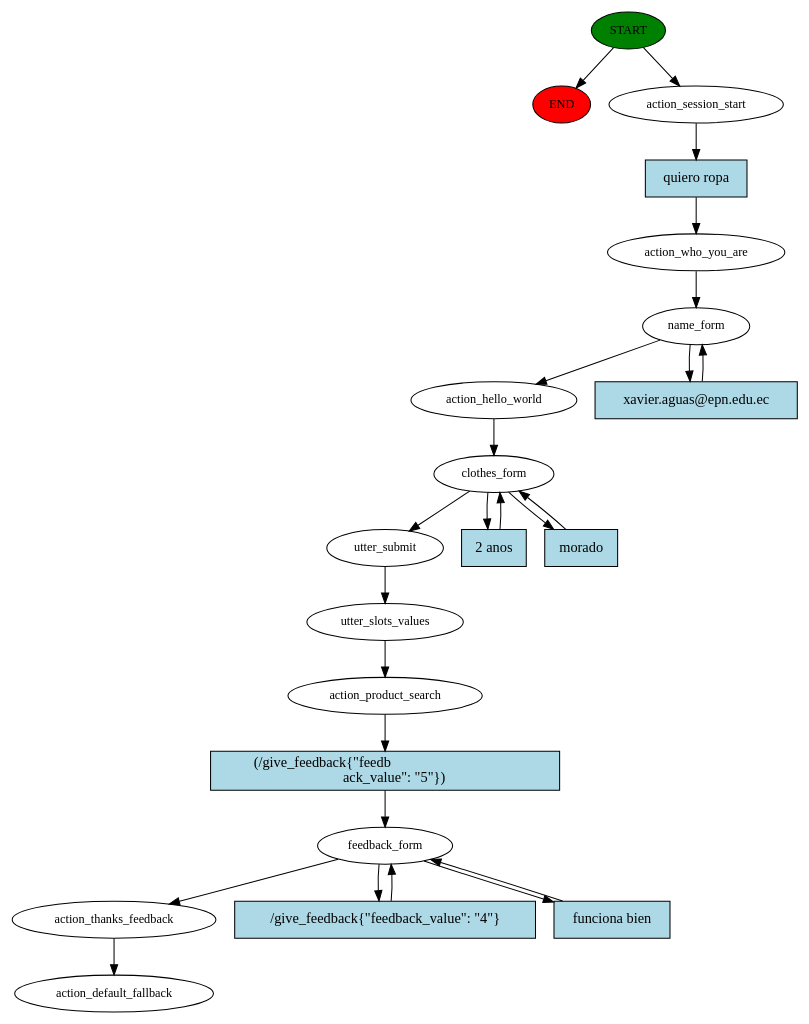
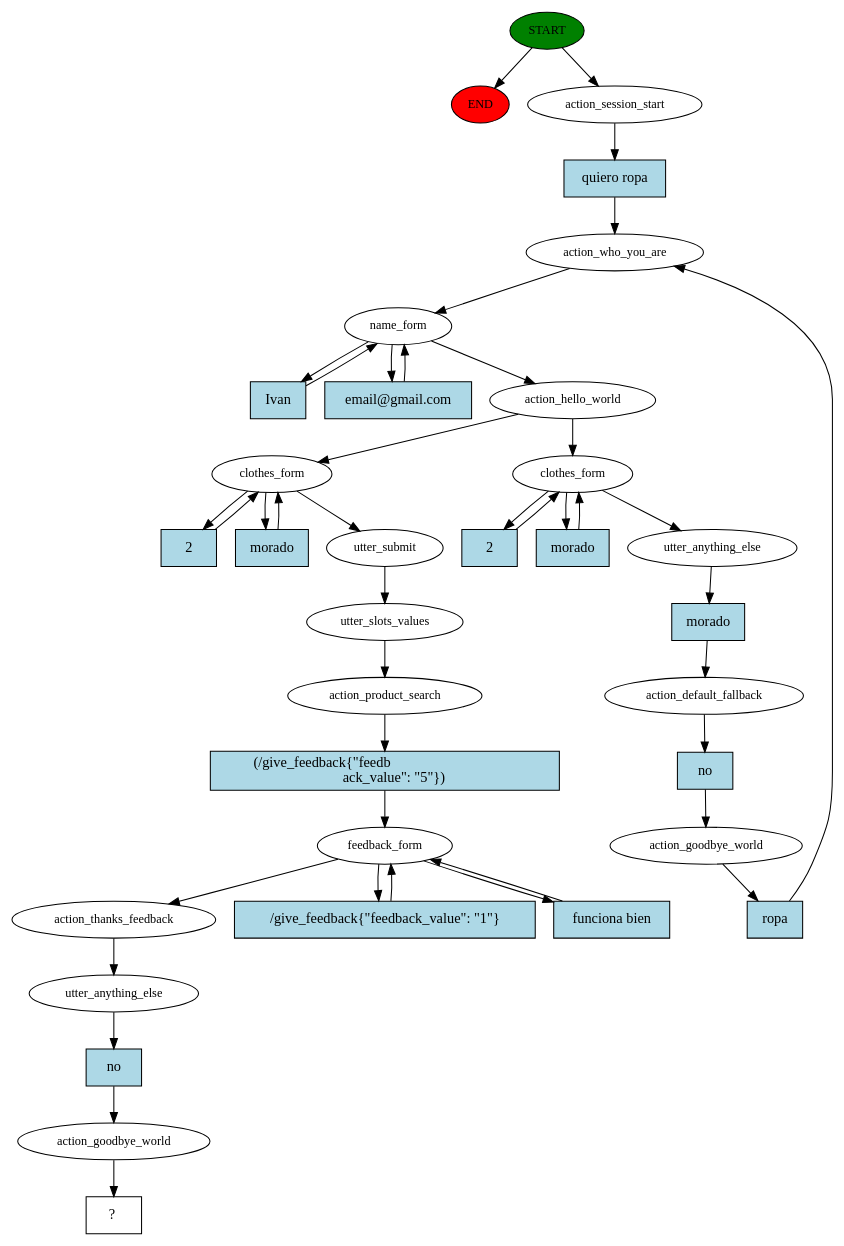
Before and after one commit to kabirivan/Ecommerce-Assistant-Jasmine: the diagram in story_graph.dot, drawn with Graphviz. The commit also changed 4 other files, not shown here.

```diff
--- a/story_graph.dot
+++ b/story_graph.dot
@@ -1,46 +1,76 @@
 digraph  {
 0 [class="start active", fillcolor=green, fontsize=12, label=START, style=filled];
 "-1" [class=end, fillcolor=red, fontsize=12, label=END, style=filled];
 1 [class=active, fontsize=12, label=action_session_start];
 2 [class=active, fontsize=12, label=action_who_you_are];
 3 [class=active, fontsize=12, label=name_form];
 6 [class=active, fontsize=12, label=action_hello_world];
 7 [class=active, fontsize=12, label=clothes_form];
-12 [class=active, fontsize=12, label=utter_submit];
-13 [class=active, fontsize=12, label=utter_slots_values];
-14 [class=active, fontsize=12, label=action_product_search];
-15 [class=active, fontsize=12, label=feedback_form];
-18 [class=active, fontsize=12, label=action_thanks_feedback];
-19 [class="dashed active", fontsize=12, label=action_default_fallback];
-20 [class="intent active", fillcolor=lightblue, label="quiero ropa", shape=rect, style=filled];
-21 [class="intent active", fillcolor=lightblue, label="xavier.aguas@epn.edu.ec", shape=rect, style=filled];
-22 [class="intent active", fillcolor=lightblue, label="2 anos", shape=rect, style=filled];
-23 [class="intent active", fillcolor=lightblue, label=morado, shape=rect, style=filled];
-24 [class="intent active", fillcolor=lightblue, label="(/give_feedback{\"feedb                                   \n      ack_value\": \"5\"})", shape=rect, style=filled];
-25 [class="intent active", fillcolor=lightblue, label="/give_feedback{\"feedback_value\": \"4\"}", shape=rect, style=filled];
-26 [class="intent active", fillcolor=lightblue, label="funciona bien", shape=rect, style=filled];
+12 [class=active, fontsize=12, label=utter_anything_else];
+13 [class=active, fontsize=12, label=action_default_fallback];
+14 [class=active, fontsize=12, label=action_goodbye_world];
+18 [class=active, fontsize=12, label=clothes_form];
+23 [class=active, fontsize=12, label=utter_submit];
+24 [class=active, fontsize=12, label=utter_slots_values];
+25 [class=active, fontsize=12, label=action_product_search];
+26 [class=active, fontsize=12, label=feedback_form];
+29 [class=active, fontsize=12, label=action_thanks_feedback];
+30 [class=active, fontsize=12, label=utter_anything_else];
+31 [class=active, fontsize=12, label=action_goodbye_world];
+32 [class="intent dashed active", label="  ?  ", shape=rect];
+33 [class="intent active", fillcolor=lightblue, label="quiero ropa", shape=rect, style=filled];
+34 [class="intent active", fillcolor=lightblue, label=Ivan, shape=rect, style=filled];
+35 [class="intent active", fillcolor=lightblue, label="email@gmail.com", shape=rect, style=filled];
+36 [class="intent active", fillcolor=lightblue, label=2, shape=rect, style=filled];
+37 [class="intent active", fillcolor=lightblue, label=morado, shape=rect, style=filled];
+38 [class="intent active", fillcolor=lightblue, label=morado, shape=rect, style=filled];
+39 [class="intent active", fillcolor=lightblue, label=no, shape=rect, style=filled];
+40 [class="intent active", fillcolor=lightblue, label=ropa, shape=rect, style=filled];
+41 [class="intent active", fillcolor=lightblue, label=2, shape=rect, style=filled];
+42 [class="intent active", fillcolor=lightblue, label=morado, shape=rect, style=filled];
+43 [class="intent active", fillcolor=lightblue, label="(/give_feedback{\"feedb                                   \n      ack_value\": \"5\"})", shape=rect, style=filled];
+44 [class="intent active", fillcolor=lightblue, label="/give_feedback{\"feedback_value\": \"1\"}", shape=rect, style=filled];
+45 [class="intent active", fillcolor=lightblue, label="funciona bien", shape=rect, style=filled];
+46 [class="intent active", fillcolor=lightblue, label=no, shape=rect, style=filled];
 0 -> "-1"  [class="", key=NONE, label=""];
 0 -> 1  [class=active, key=NONE, label=""];
-1 -> 20  [class=active, key=0];
+1 -> 33  [class=active, key=0];
 2 -> 3  [class=active, key=NONE, label=""];
 3 -> 6  [class=active, key=NONE, label=""];
-3 -> 21  [class=active, key=0];
+3 -> 34  [class=active, key=0];
+3 -> 35  [class=active, key=0];
 6 -> 7  [class=active, key=NONE, label=""];
+6 -> 18  [class=active, key=NONE, label=""];
 7 -> 12  [class=active, key=NONE, label=""];
-7 -> 22  [class=active, key=0];
-7 -> 23  [class=active, key=0];
-12 -> 13  [class=active, key=NONE, label=""];
-13 -> 14  [class=active, key=NONE, label=""];
-14 -> 24  [class=active, key=0];
-15 -> 18  [class=active, key=NONE, label=""];
-15 -> 25  [class=active, key=0];
-15 -> 26  [class=active, key=0];
-18 -> 19  [class=active, key=NONE, label=""];
-20 -> 2  [class=active, key=0];
-21 -> 3  [class=active, key=0];
-22 -> 7  [class=active, key=0];
-23 -> 7  [class=active, key=0];
-24 -> 15  [class=active, key=0];
-25 -> 15  [class=active, key=0];
-26 -> 15  [class=active, key=0];
+7 -> 36  [class=active, key=0];
+7 -> 37  [class=active, key=0];
+12 -> 38  [class=active, key=0];
+13 -> 39  [class=active, key=0];
+14 -> 40  [class=active, key=0];
+18 -> 23  [class=active, key=NONE, label=""];
+18 -> 41  [class=active, key=0];
+18 -> 42  [class=active, key=0];
+23 -> 24  [class=active, key=NONE, label=""];
+24 -> 25  [class=active, key=NONE, label=""];
+25 -> 43  [class=active, key=0];
+26 -> 29  [class=active, key=NONE, label=""];
+26 -> 44  [class=active, key=0];
+26 -> 45  [class=active, key=0];
+29 -> 30  [class=active, key=NONE, label=""];
+30 -> 46  [class=active, key=0];
+31 -> 32  [class=active, key=NONE, label=""];
+33 -> 2  [class=active, key=0];
+34 -> 3  [class=active, key=0];
+35 -> 3  [class=active, key=0];
+36 -> 7  [class=active, key=0];
+37 -> 7  [class=active, key=0];
+38 -> 13  [class=active, key=0];
+39 -> 14  [class=active, key=0];
+40 -> 2  [class=active, key=0];
+41 -> 18  [class=active, key=0];
+42 -> 18  [class=active, key=0];
+43 -> 26  [class=active, key=0];
+44 -> 26  [class=active, key=0];
+45 -> 26  [class=active, key=0];
+46 -> 31  [class=active, key=0];
 }
```
